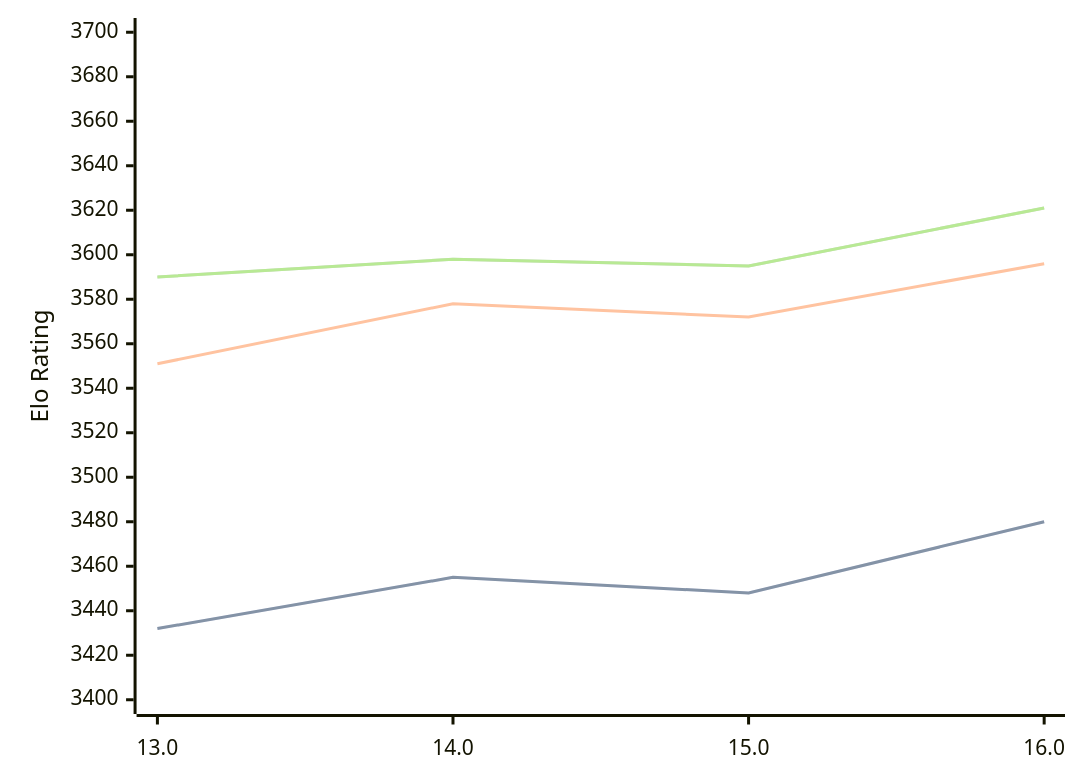
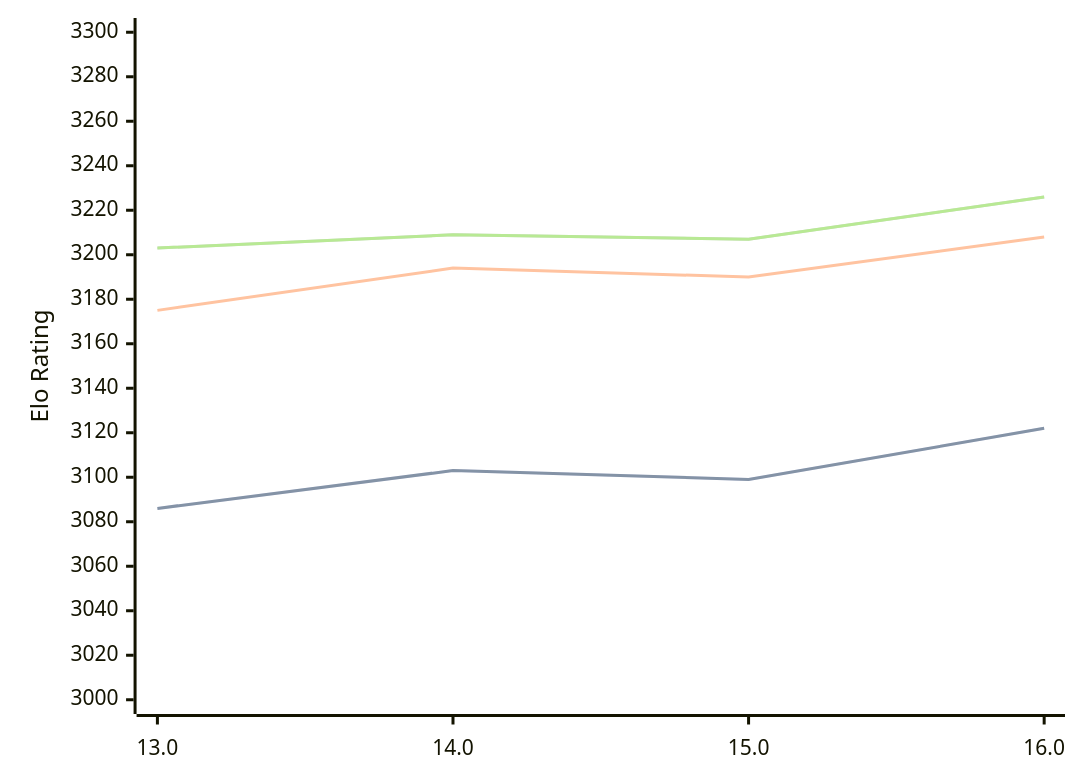
The diagram in engines/Obsidian.md (computer-chess-index/cci), drawn with Mermaid before and after one commit. The commit also changed other lines of this file, not shown here.

Commit message:
Update CCI Ratings (ELO VLTC) - 2026-02-23

````diff
--- a/engines/Obsidian.md
+++ b/engines/Obsidian.md
@@ -40,11 +40,11 @@
 ```mermaid
 %%{init: {"theme":"base","themeVariables":{"seriesColors:['#a3a3a3','#222221','#faa371']}}}%%
 xychart-beta
   x-axis ["13.0", "14.0", "15.0", "16.0"]
-  y-axis "Elo Rating" 3400 --> 3700
-  line "STC (8.0+0.08s)" [3432, 3455, 3448, 3480]
-  line "STC (8.0+0.08s)" [3432, 3455, 3448, 3480]
-  line "LTC (60.0+0.60s)" [3551, 3578, 3572, 3596]
-  line "VLTC (2m24s+1.12s)" [3590, 3598, 3595, 3621]
-  line "VLTC (2m24s+1.12s)" [3590, 3598, 3595, 3621]
+  y-axis "Elo Rating" 3000 --> 3300
+  line "STC (8.0+0.08s)" [3086, 3103, 3099, 3122]
+  line "STC (8.0+0.08s)" [3086, 3103, 3099, 3122]
+  line "LTC (60.0+0.60s)" [3175, 3194, 3190, 3208]
+  line "VLTC (2m24s+1.12s)" [3203, 3209, 3207, 3226]
+  line "VLTC (2m24s+1.12s)" [3203, 3209, 3207, 3226]
 ```
````
